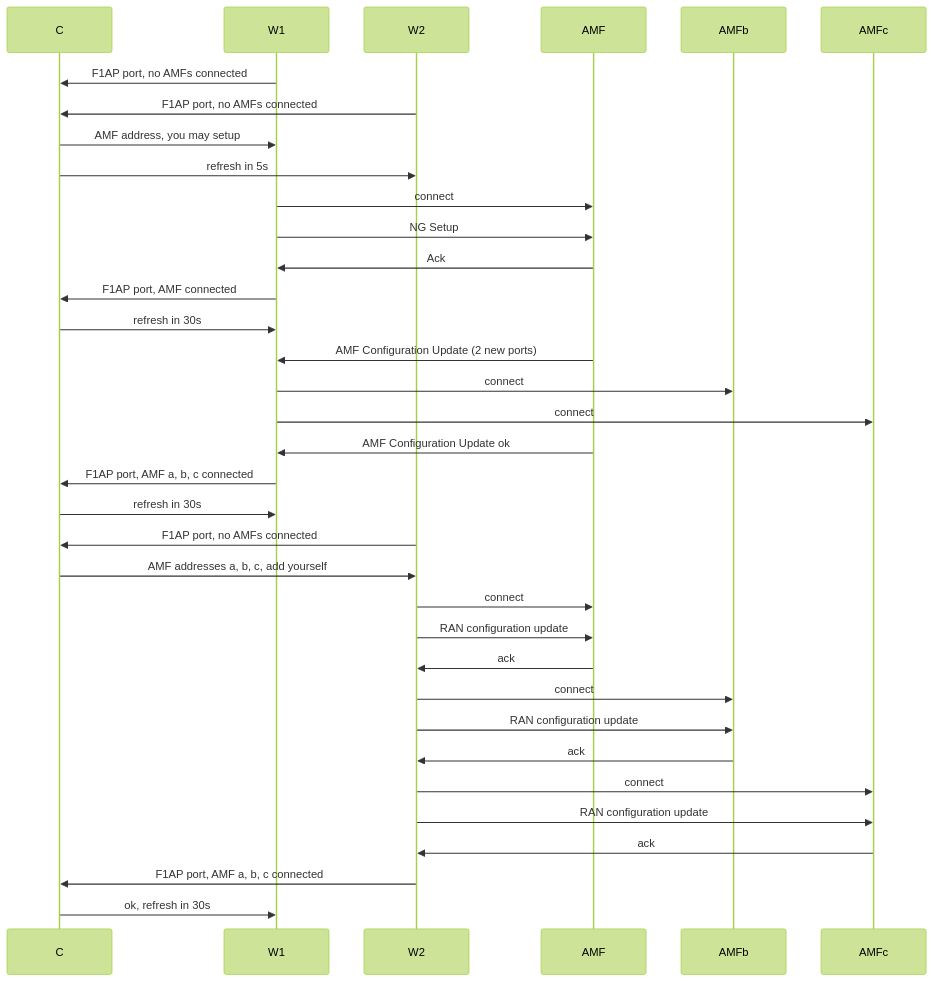
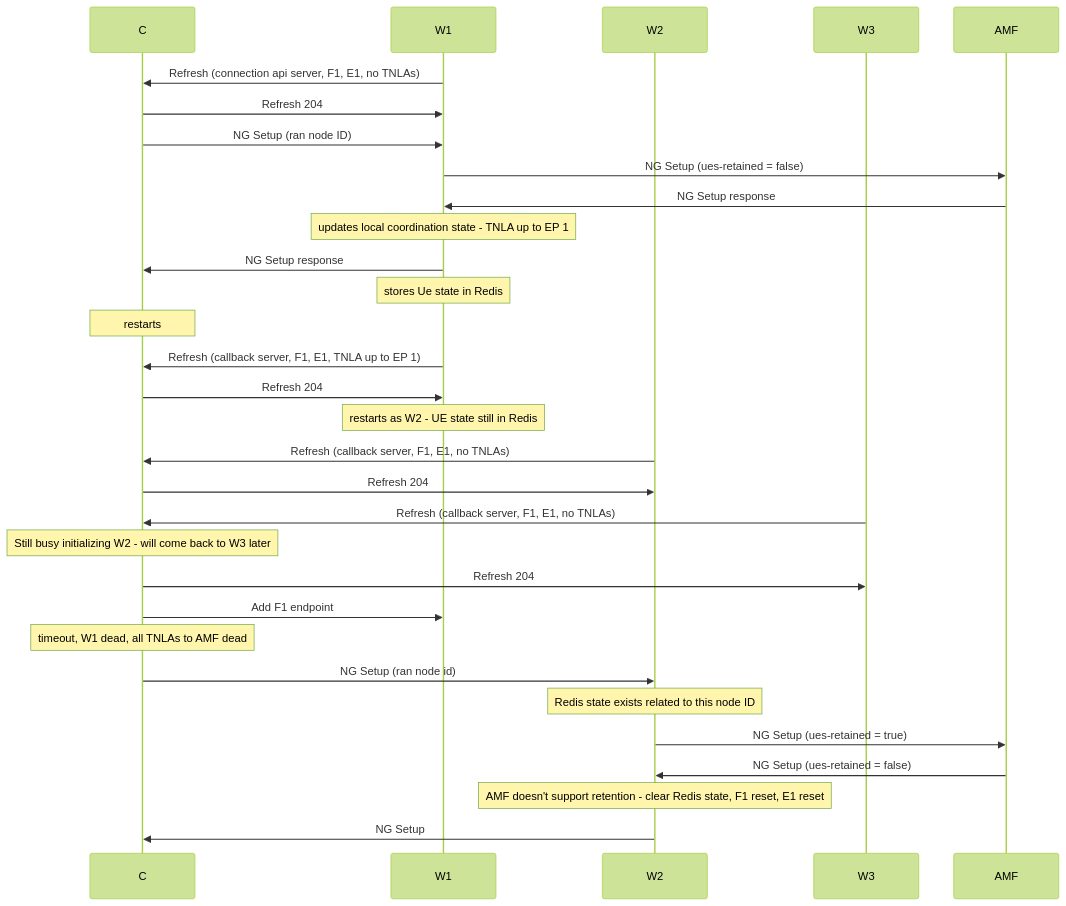
The first of 3 diagrams in documentation/design/Connection Management notes.md (nplrkn/alsoran), drawn with Mermaid (forest theme) before and after one commit. The commit also changed other lines of this file and 130 other files, not shown here.

````diff
--- a/documentation/design/Connection Management notes.md
+++ b/documentation/design/Connection Management notes.md
@@ -105,38 +55,33 @@
 ```mermaid
 sequenceDiagram
   participant C
   participant W1
   participant W2
+  participant W3
   participant AMF
-  participant AMFb
-  participant AMFc
-  W1->>C: F1AP port, no AMFs connected
-  W2->>C: F1AP port, no AMFs connected
-  C->>W1: AMF address, you may setup 
-  C->>W2: refresh in 5s
-  W1->>AMF: connect
-  W1->>AMF: NG Setup
-  AMF->>W1: Ack
-  W1->>C: F1AP port, AMF connected
-  C->>W1: refresh in 30s
-  AMF->>W1: AMF Configuration Update (2 new ports)
-  W1->>AMFb: connect
-  W1->>AMFc: connect
-  AMF->>W1: AMF Configuration Update ok
-  W1->>C: F1AP port, AMF a, b, c connected
-  C->>W1: refresh in 30s
-  W2->>C: F1AP port, no AMFs connected
-  C->>W2: AMF addresses a, b, c, add yourself
-  W2->>AMF: connect
-  W2->>AMF: RAN configuration update
-  AMF->>W2: ack
-  W2->>AMFb: connect
-  W2->>AMFb: RAN configuration update
-  AMFb->>W2: ack
-  W2->>AMFc: connect
-  W2->>AMFc: RAN configuration update
-  AMFc->>W2: ack
-  W2->>C: F1AP port, AMF a, b, c connected
-  C->>W1: ok, refresh in 30s
-
+  W1->>C: Refresh (connection api server, F1, E1, no TNLAs)
+  C->>W1: Refresh 204
+  C->>W1: NG Setup (ran node ID)
+  W1->>AMF: NG Setup (ues-retained = false)
+  AMF->>W1: NG Setup response
+  note over W1: updates local coordination state - TNLA up to EP 1
+  W1->>C: NG Setup response
+  note over W1: stores Ue state in Redis
+  note over C: restarts 
+  W1->>C: Refresh (callback server, F1, E1, TNLA up to EP 1)
+  C->>W1: Refresh 204
+  note over W1: restarts as W2 - UE state still in Redis
+  W2->>C: Refresh (callback server, F1, E1, no TNLAs)
+  C->>W2: Refresh 204
+  W3->>C: Refresh (callback server, F1, E1, no TNLAs)
+  note over C: Still busy initializing W2 - will come back to W3 later
+  C->>W3: Refresh 204
+  C->>W1: Add F1 endpoint
+  note over C: timeout, W1 dead, all TNLAs to AMF dead
+  C->>W2: NG Setup (ran node id)
+  note over W2: Redis state exists related to this node ID
+  W2->>AMF: NG Setup (ues-retained = true)
+  AMF->>W2: NG Setup (ues-retained = false)
+  note over W2: AMF doesn't support retention - clear Redis state, F1 reset, E1 reset
+  W2->>C: NG Setup
 ```
````
